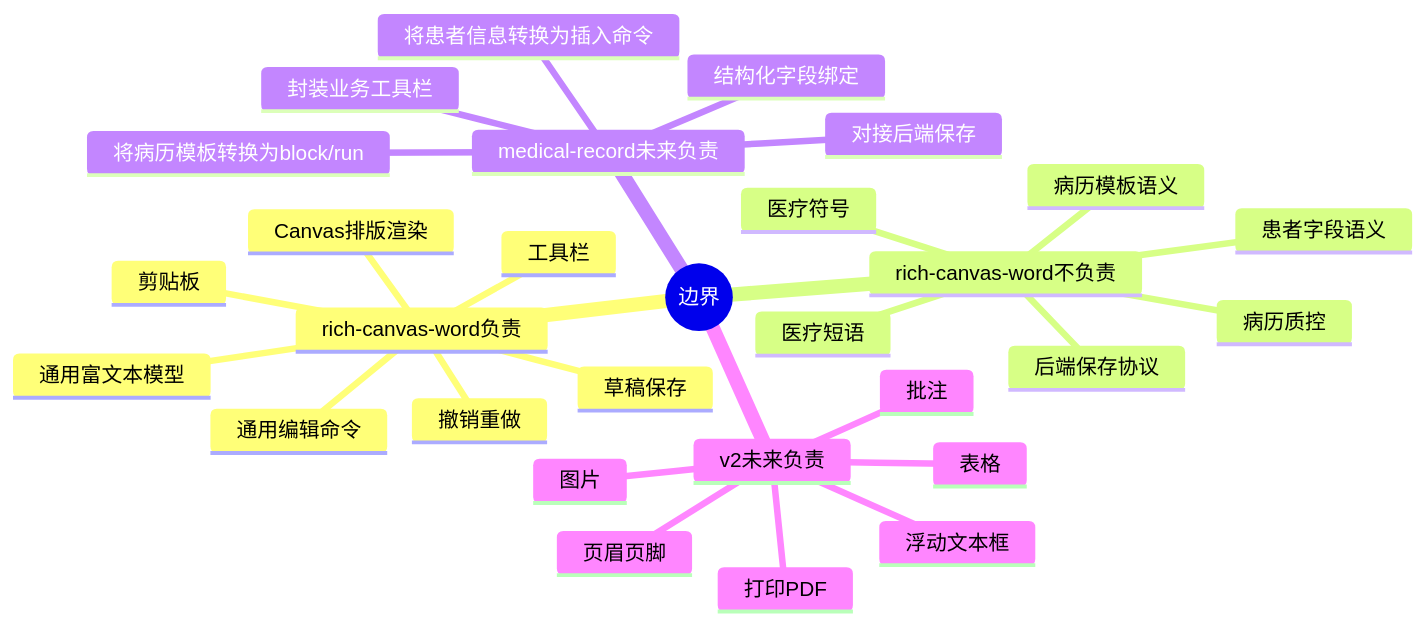
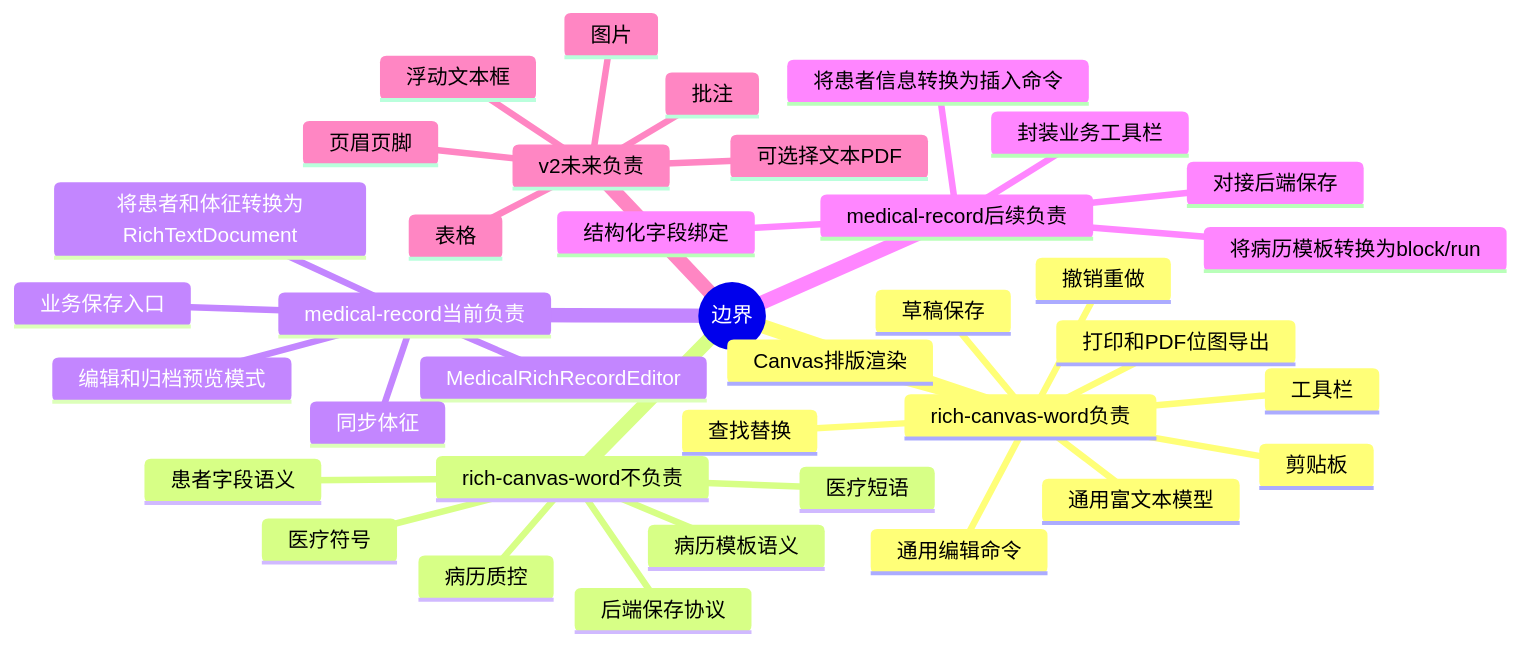
One commit to canlan527/react-emr-demo changed the tenth of 10 diagrams in docs/11-emr-rich-canvas-word-mindmap.md. Above: the diagram before and after it, drawn with Mermaid. The commit also changed other lines of this file and 41 other files, not shown here.

````diff
--- a/docs/11-emr-rich-canvas-word-mindmap.md
+++ b/docs/11-emr-rich-canvas-word-mindmap.md
@@ -454,32 +469,40 @@
 ```mermaid
 mindmap
   root((边界))
     rich-canvas-word负责
       通用富文本模型
       通用编辑命令
       Canvas排版渲染
       工具栏
       剪贴板
       撤销重做
       草稿保存
+      查找替换
+      打印和PDF位图导出
     rich-canvas-word不负责
       患者字段语义
       病历模板语义
       医疗短语
       医疗符号
       病历质控
       后端保存协议
-    medical-record未来负责
+    medical-record当前负责
+      MedicalRichRecordEditor
+      将患者和体征转换为RichTextDocument
+      编辑和归档预览模式
+      同步体征
+      业务保存入口
+    medical-record后续负责
       将患者信息转换为插入命令
       将病历模板转换为block/run
       封装业务工具栏
       对接后端保存
       结构化字段绑定
     v2未来负责
       表格
       图片
       浮动文本框
       批注
       页眉页脚
-      打印PDF
+      可选择文本PDF
 ```
````
